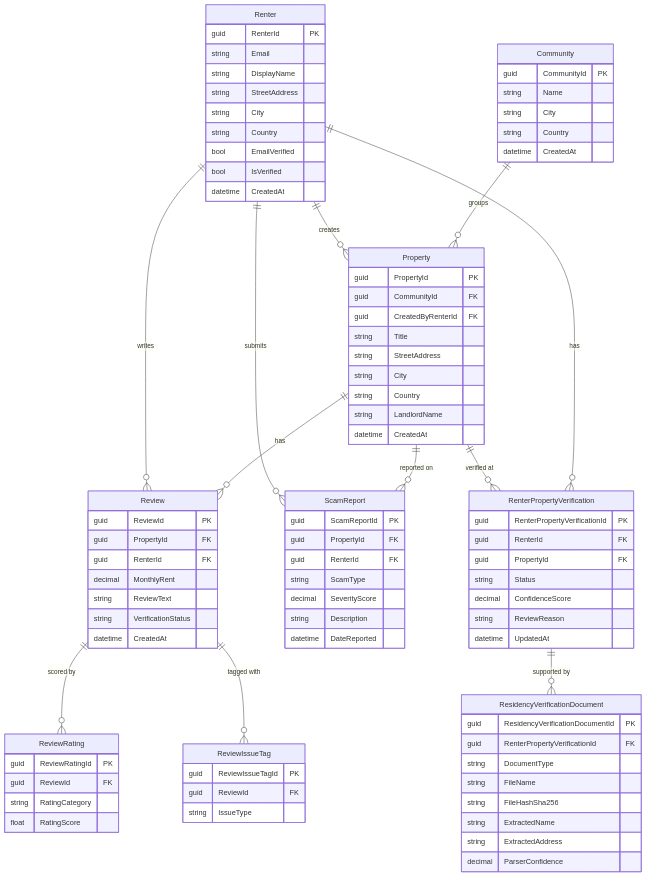
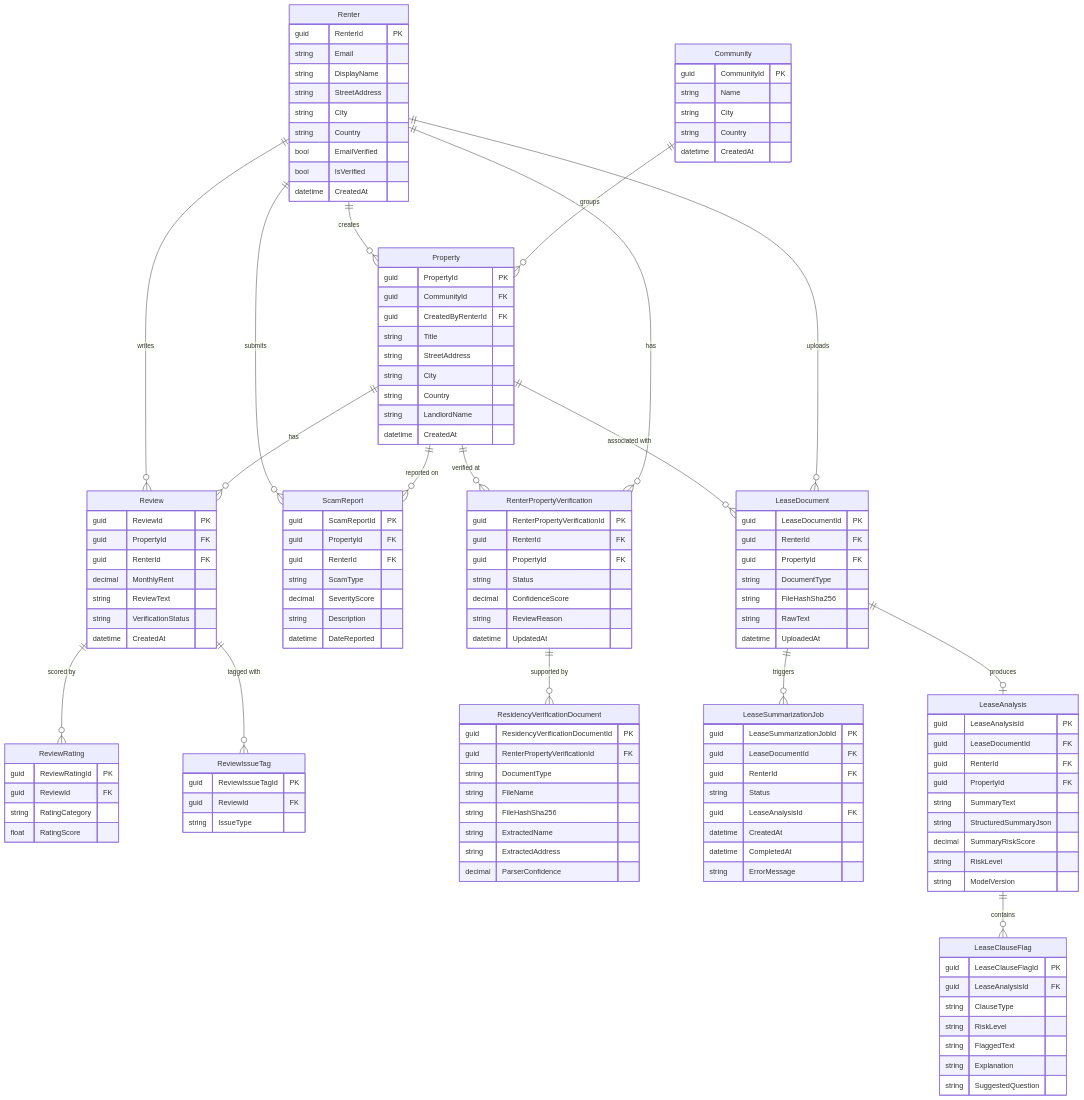
Before and after one commit to sirajusf/TenantLens: the fourth of 30 diagrams in DOCUMENTATION.md, drawn with Mermaid. The commit also changed other lines of this file and 3 other files, not shown here.

````diff
--- a/DOCUMENTATION.md
+++ b/DOCUMENTATION.md
@@ -314,6 +320,46 @@
         decimal ParserConfidence
     }
 
+    LeaseDocument {
+        guid LeaseDocumentId PK
+        guid RenterId FK
+        guid PropertyId FK
+        string DocumentType
+        string FileHashSha256
+        string RawText
+        datetime UploadedAt
+    }
+    LeaseSummarizationJob {
+        guid LeaseSummarizationJobId PK
+        guid LeaseDocumentId FK
+        guid RenterId FK
+        string Status
+        guid LeaseAnalysisId FK
+        datetime CreatedAt
+        datetime CompletedAt
+        string ErrorMessage
+    }
+    LeaseAnalysis {
+        guid LeaseAnalysisId PK
+        guid LeaseDocumentId FK
+        guid RenterId FK
+        guid PropertyId FK
+        string SummaryText
+        string StructuredSummaryJson
+        decimal SummaryRiskScore
+        string RiskLevel
+        string ModelVersion
+    }
+    LeaseClauseFlag {
+        guid LeaseClauseFlagId PK
+        guid LeaseAnalysisId FK
+        string ClauseType
+        string RiskLevel
+        string FlaggedText
+        string Explanation
+        string SuggestedQuestion
+    }
+
     Community ||--o{ Property : "groups"
     Renter ||--o{ Property : "creates"
     Property ||--o{ Review : "has"
@@ -325,4 +371,9 @@
     Renter ||--o{ RenterPropertyVerification : "has"
     Property ||--o{ RenterPropertyVerification : "verified at"
     RenterPropertyVerification ||--o{ ResidencyVerificationDocument : "supported by"
+    Renter ||--o{ LeaseDocument : "uploads"
+    Property ||--o{ LeaseDocument : "associated with"
+    LeaseDocument ||--o{ LeaseSummarizationJob : "triggers"
+    LeaseDocument ||--o| LeaseAnalysis : "produces"
+    LeaseAnalysis ||--o{ LeaseClauseFlag : "contains"
 ```
````
